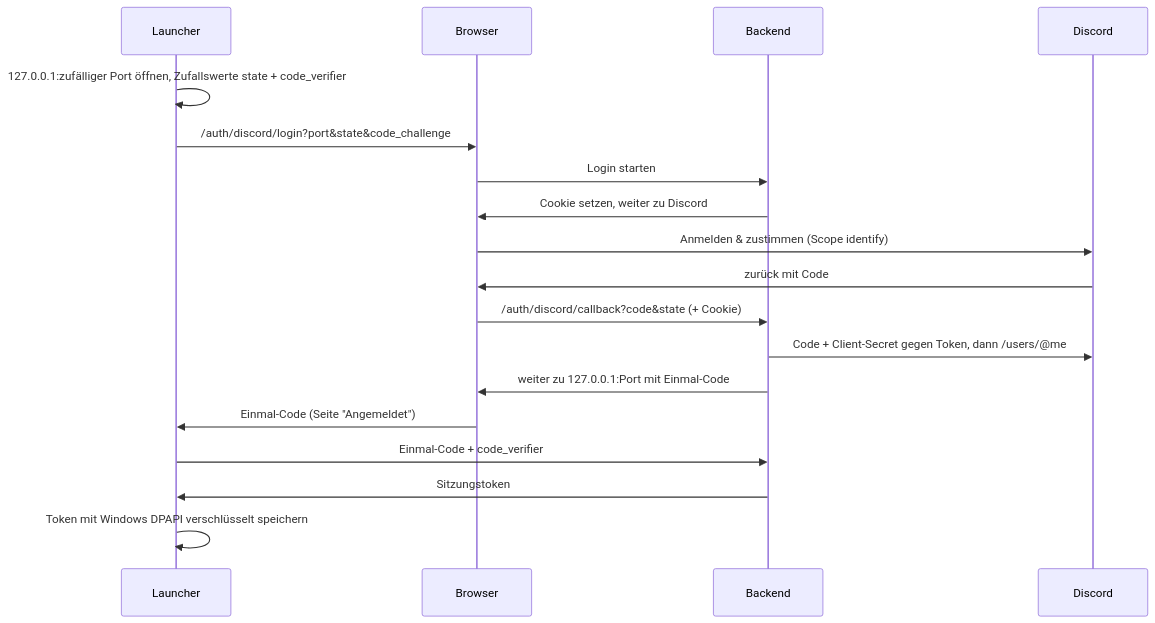
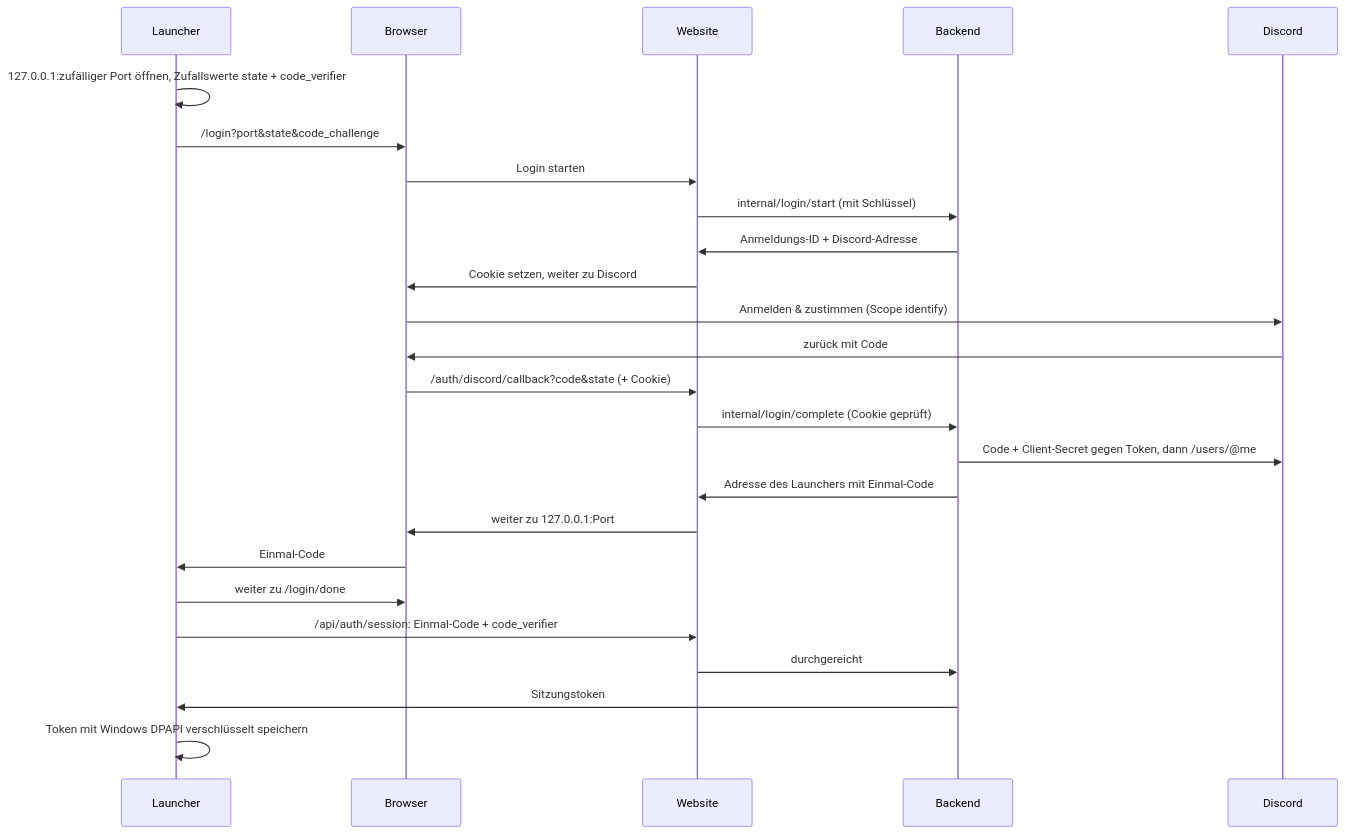
Before and after one commit to janhoeck/aceofspades2: the diagram in docs/backend.md, drawn with Mermaid. The commit also changed other lines of this file and 67 other files, not shown here.

First line of the commit message:
M2.1 Website & Login über die Website

````diff
--- a/docs/backend.md
+++ b/docs/backend.md
@@ -24,21 +33,28 @@
 ```mermaid
 sequenceDiagram
     participant L as Launcher
     participant Br as Browser
+    participant W as Website
     participant B as Backend
     participant D as Discord
 
     L->>L: 127.0.0.1:zufälliger Port öffnen, Zufallswerte state + code_verifier
-    L->>Br: /auth/discord/login?port&state&code_challenge
-    Br->>B: Login starten
-    B->>Br: Cookie setzen, weiter zu Discord
+    L->>Br: /login?port&state&code_challenge
+    Br->>W: Login starten
+    W->>B: internal/login/start (mit Schlüssel)
+    B->>W: Anmeldungs-ID + Discord-Adresse
+    W->>Br: Cookie setzen, weiter zu Discord
     Br->>D: Anmelden & zustimmen (Scope identify)
     D->>Br: zurück mit Code
-    Br->>B: /auth/discord/callback?code&state (+ Cookie)
+    Br->>W: /auth/discord/callback?code&state (+ Cookie)
+    W->>B: internal/login/complete (Cookie geprüft)
     B->>D: Code + Client-Secret gegen Token, dann /users/@me
-    B->>Br: weiter zu 127.0.0.1:Port mit Einmal-Code
-    Br->>L: Einmal-Code (Seite "Angemeldet")
-    L->>B: Einmal-Code + code_verifier
+    B->>W: Adresse des Launchers mit Einmal-Code
+    W->>Br: weiter zu 127.0.0.1:Port
+    Br->>L: Einmal-Code
+    L->>Br: weiter zu /login/done
+    L->>W: /api/auth/session: Einmal-Code + code_verifier
+    W->>B: durchgereicht
     B->>L: Sitzungstoken
     L->>L: Token mit Windows DPAPI verschlüsselt speichern
 ```
````
